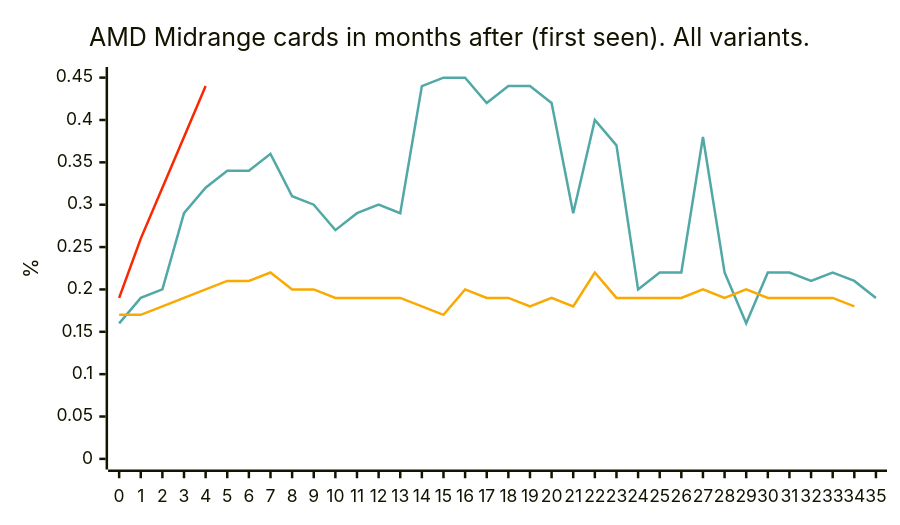
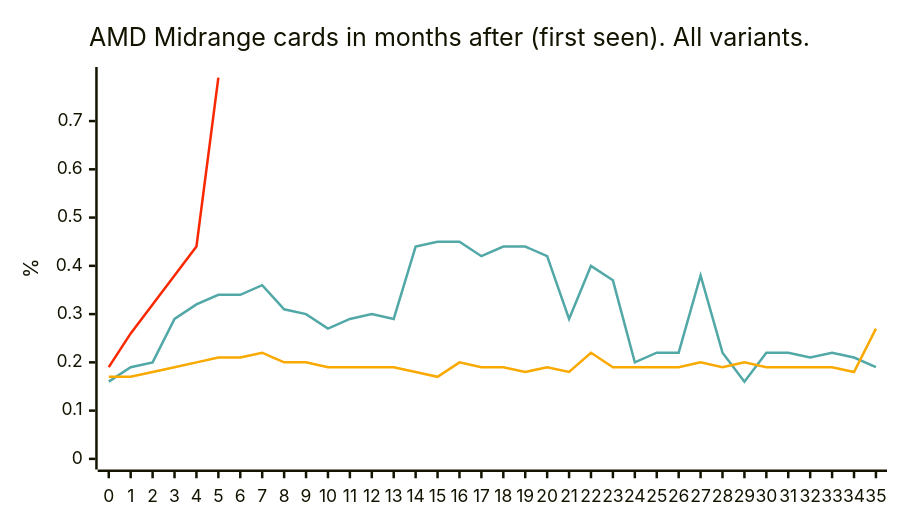
The ninth of 29 diagrams in README.md (jdegene/steamHWsurvey), drawn with Mermaid before and after one commit. The commit also changed other lines of this file and 3 other files, not shown here.

````diff
--- a/README.md
+++ b/README.md
@@ -295,23 +295,23 @@
 ```mermaid
 ---
 config:
     xyChart:
         width: 700
         height: 400
         
     themeVariables:
         xyChart:
             plotColorPalette: "#51a8a6,#f9a900,#f92800,#d92080,#8a52a6"
 
 --- 
 
 
 xychart-beta
     title "AMD Midrange cards in months after (first seen). All variants."
     x-axis[0, 1, 2, 3, 4, 5, 6, 7, 8, 9, 10, 11, 12, 13, 14, 15, 16, 17, 18, 19, 20, 21, 22, 23, 24, 25, 26, 27, 28, 29, 30, 31, 32, 33, 34, 35]
     y-axis "%" 
     line [0.16, 0.19, 0.2, 0.29, 0.32, 0.33999999999999997, 0.33999999999999997, 0.36, 0.31, 0.3, 0.27, 0.29, 0.3, 0.29, 0.44, 0.45000000000000007, 0.45000000000000007, 0.42, 0.43999999999999995, 0.44, 0.42, 0.29, 0.4, 0.37, 0.2, 0.22, 0.22, 0.38000000000000006, 0.22, 0.16, 0.22, 0.22, 0.21, 0.22, 0.21, 0.19]
-    line [0.16999999999999998, 0.16999999999999998, 0.18, 0.19, 0.2, 0.21, 0.21, 0.22, 0.2, 0.2, 0.19, 0.19, 0.19, 0.19, 0.18, 0.16999999999999998, 0.2, 0.19, 0.19, 0.18, 0.19, 0.18, 0.22, 0.19, 0.19, 0.19, 0.19, 0.2, 0.19, 0.2, 0.19, 0.19, 0.19, 0.19, 0.18]
-    line [0.19, 0.26, 0.32, 0.38, 0.44]
+    line [0.16999999999999998, 0.16999999999999998, 0.18, 0.19, 0.2, 0.21, 0.21, 0.22, 0.2, 0.2, 0.19, 0.19, 0.19, 0.19, 0.18, 0.16999999999999998, 0.2, 0.19, 0.19, 0.18, 0.19, 0.18, 0.22, 0.19, 0.19, 0.19, 0.19, 0.2, 0.19, 0.2, 0.19, 0.19, 0.19, 0.19, 0.18, 0.27]
+    line [0.19, 0.26, 0.32, 0.38, 0.44, 0.79]
     line [0]
 ``` 
````
